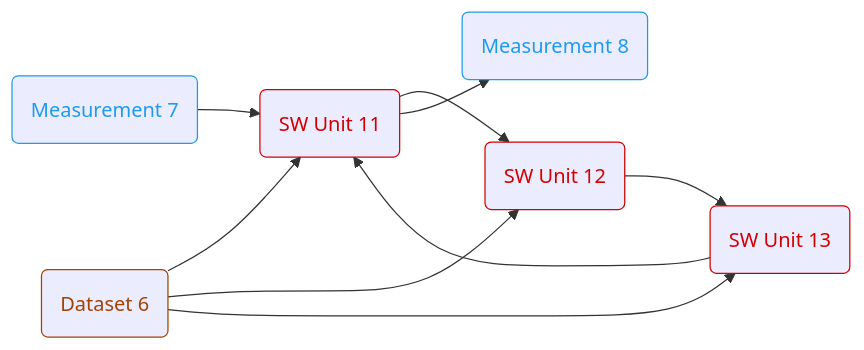
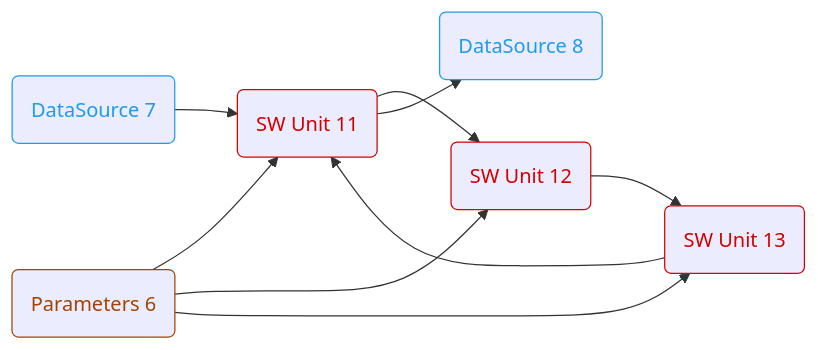
One commit to olympus-tools/ARES changed the fifth of 6 diagrams in README.md. Above: the diagram before and after it, drawn with Mermaid. The commit also changed other lines of this file and 8 other files, not shown here.

````diff
--- a/README.md
+++ b/README.md
@@ -176,26 +176,26 @@
 ```mermaid
 flowchart LR
     
-    MEAS7(Measurement 7) --> SWU11(SW Unit 11)
+    MEAS7(DataSource 7) --> SWU11(SW Unit 11)
     SWU11 --> SWU12(SW Unit 12)
     SWU12 --> SWU13(SW Unit 13)
     SWU13 --> SWU11
-    DS6(Dataset 6) --> SWU11
-    DS6 --> SWU12
-    DS6 --> SWU13
-    SWU11 --> MEAS8(Measurement 8)
+    PARAM6(Parameters 6) --> SWU11
+    PARAM6 --> SWU12
+    PARAM6 --> SWU13
+    SWU11 --> MEAS8(DataSource 8)
 
-    classDef Dataset           color:#a44300, stroke:#a44300;
-    classDef Measurement        color:#1e9bec, stroke:#1e9bec;
+    classDef Parameters        color:#a44300, stroke:#a44300;
+    classDef DataSource        color:#1e9bec, stroke:#1e9bec;
     classDef SW_Unit           color:#d30000, stroke:#d30000;
     classDef Test              color:#2eb400, stroke:#2eb400;
     classDef Plot              color:#ad00d0, stroke:#ad00d0;
 
-    class DS6 Dataset;
-    class MEAS7 Measurement;
-    class MEAS8 Measurement;
+    class PARAM6 Parameters;
+    class MEAS7 DataSource;
+    class MEAS8 DataSource;
     class SWU11 SW_Unit;
     class SWU12 SW_Unit;
     class SWU13 SW_Unit;
 
 ```    
````
